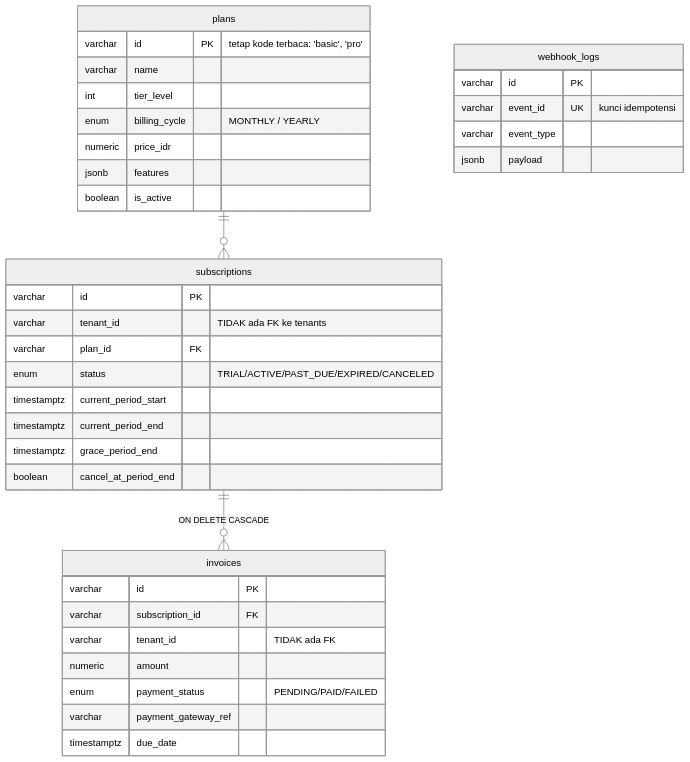
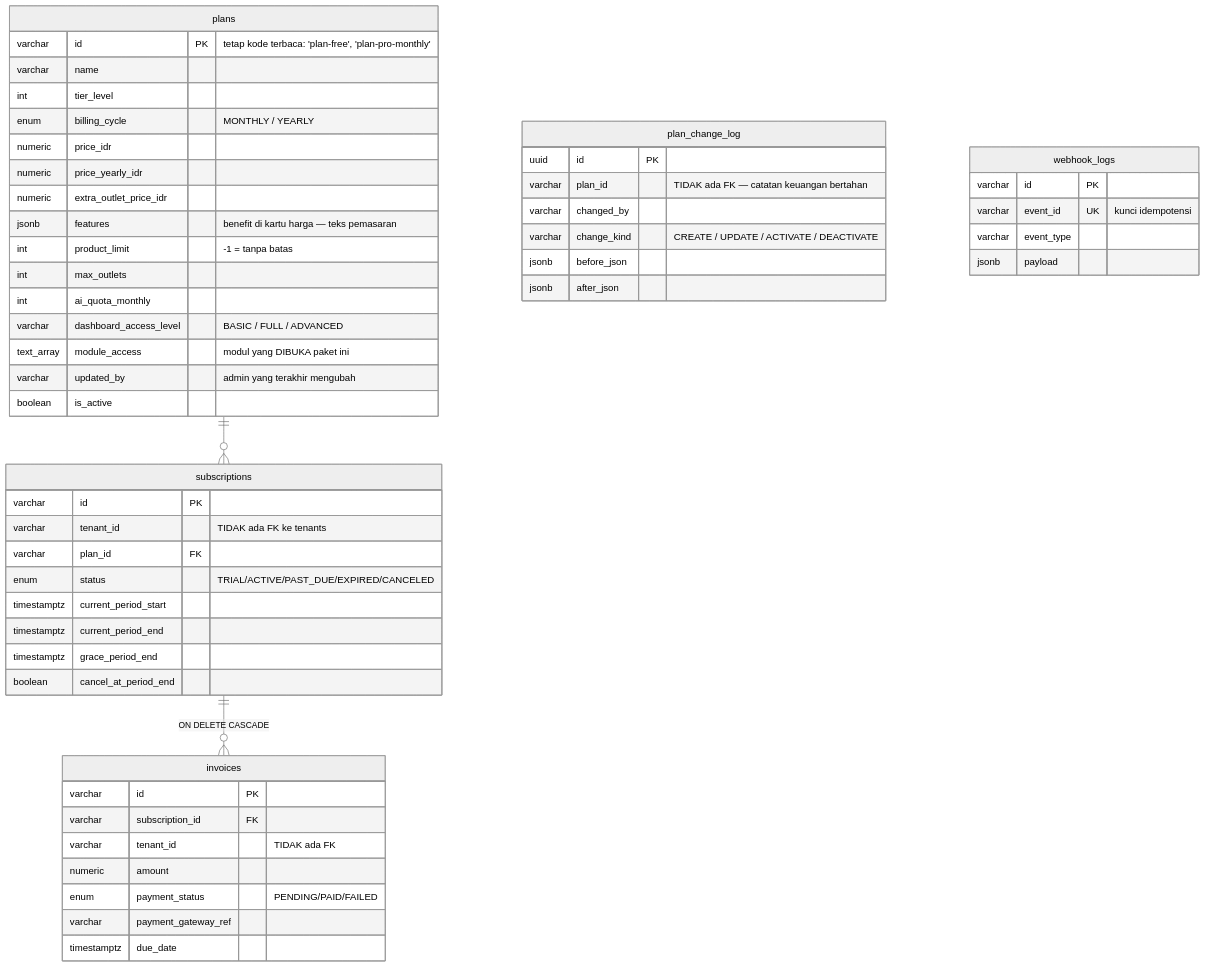
One commit to slaks37/kasir-newhope changed the second of 5 diagrams in docs/erd.md. Above: the diagram before and after it, drawn with Mermaid (neutral theme). The commit also changed other lines of this file and 25 other files, not shown here.

First line of the commit message:
feat(admin): panel pengaturan harga, akses, dan benefit paket

````diff
--- a/docs/erd.md
+++ b/docs/erd.md
@@ -153,40 +153,56 @@
 ```mermaid
 erDiagram
     plans         ||--o{ subscriptions : ""
     subscriptions ||--o{ invoices      : "ON DELETE CASCADE"
 
     plans {
-        varchar id PK "tetap kode terbaca: 'basic', 'pro'"
+        varchar id PK "tetap kode terbaca: 'plan-free', 'plan-pro-monthly'"
         varchar name
         int tier_level
         enum billing_cycle "MONTHLY / YEARLY"
         numeric price_idr
-        jsonb features
+        numeric price_yearly_idr
+        numeric extra_outlet_price_idr
+        jsonb features "benefit di kartu harga — teks pemasaran"
+        int product_limit "-1 = tanpa batas"
+        int max_outlets
+        int ai_quota_monthly
+        varchar dashboard_access_level "BASIC / FULL / ADVANCED"
+        text_array module_access "modul yang DIBUKA paket ini"
+        varchar updated_by "admin yang terakhir mengubah"
         boolean is_active
+    }
+    plan_change_log {
+        uuid id PK
+        varchar plan_id "TIDAK ada FK — catatan keuangan bertahan"
+        varchar changed_by
+        varchar change_kind "CREATE / UPDATE / ACTIVATE / DEACTIVATE"
+        jsonb before_json
+        jsonb after_json
     }
     subscriptions {
         varchar id PK
         varchar tenant_id "TIDAK ada FK ke tenants"
         varchar plan_id FK
         enum status "TRIAL/ACTIVE/PAST_DUE/EXPIRED/CANCELED"
         timestamptz current_period_start
         timestamptz current_period_end
         timestamptz grace_period_end
         boolean cancel_at_period_end
     }
     invoices {
         varchar id PK
         varchar subscription_id FK
         varchar tenant_id "TIDAK ada FK"
         numeric amount
         enum payment_status "PENDING/PAID/FAILED"
         varchar payment_gateway_ref
         timestamptz due_date
     }
     webhook_logs {
         varchar id PK
         varchar event_id UK "kunci idempotensi"
         varchar event_type
         jsonb payload
     }
 ```
````
